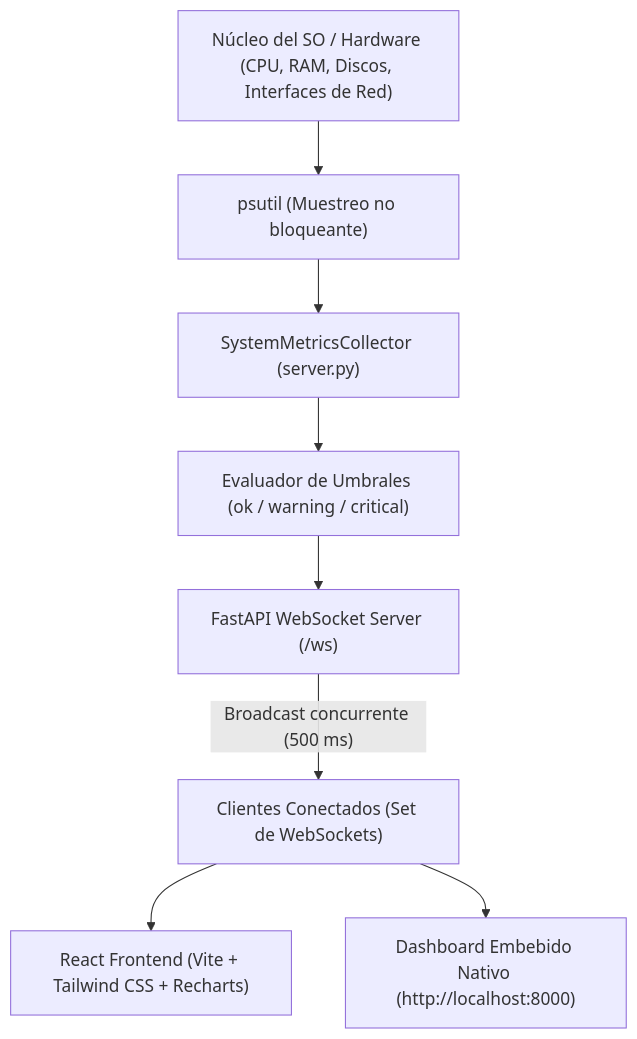
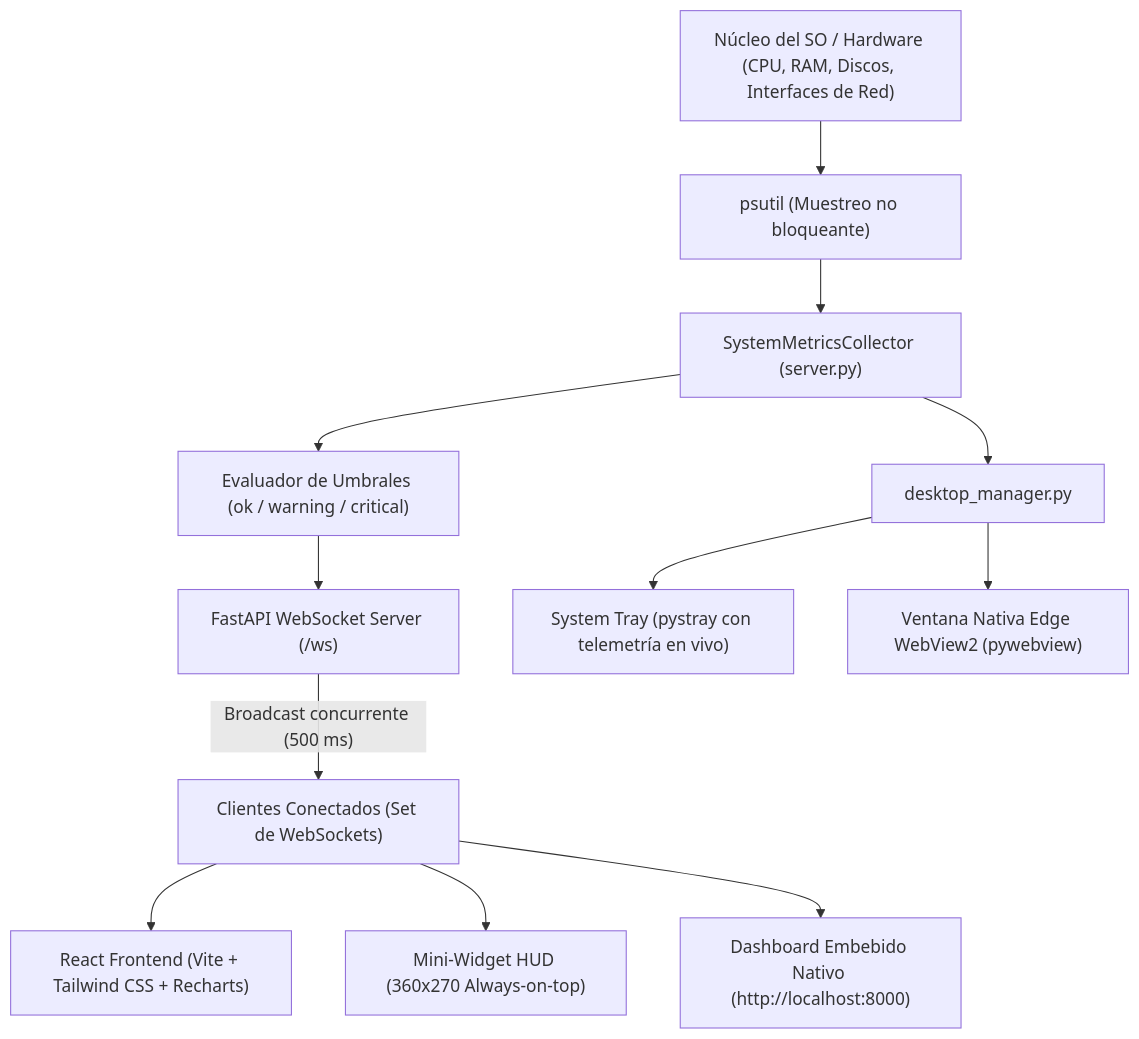
One commit to BERNARDO9005/monitoreo-de-sistema changed the diagram in README.md. Above: the diagram before and after it, drawn with Mermaid. The commit also changed 1 other file, not shown here.

````diff
--- a/README.md
+++ b/README.md
@@ -9,10 +9,14 @@
 ```mermaid
 graph TD
     A["Núcleo del SO / Hardware (CPU, RAM, Discos, Interfaces de Red)"] --> B["psutil (Muestreo no bloqueante)"]
     B --> C["SystemMetricsCollector (server.py)"]
     C --> D["Evaluador de Umbrales (ok / warning / critical)"]
     D --> E["FastAPI WebSocket Server (/ws)"]
     E -->|"Broadcast concurrente (500 ms)"| F["Clientes Conectados (Set de WebSockets)"]
     F --> G["React Frontend (Vite + Tailwind CSS + Recharts)"]
-    F --> H["Dashboard Embebido Nativo (http://localhost:8000)"]
+    F --> H["Mini-Widget HUD (360x270 Always-on-top)"]
+    F --> I["Dashboard Embebido Nativo (http://localhost:8000)"]
+    C --> J["desktop_manager.py"]
+    J --> K["System Tray (pystray con telemetría en vivo)"]
+    J --> L["Ventana Nativa Edge WebView2 (pywebview)"]
 ```
````
